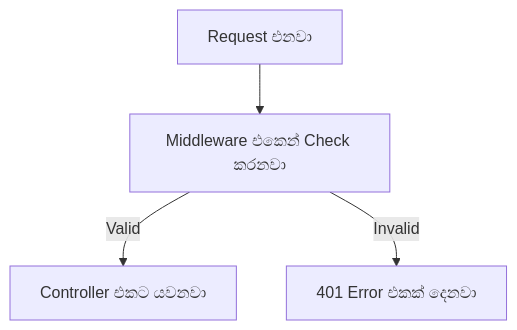
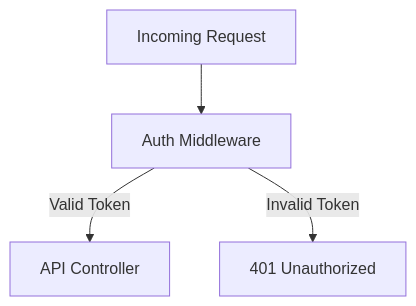
Before and after one commit to manuja-me/sinhala-explainer: the diagram in SKILL.md, drawn with Mermaid. The commit also changed other lines of this file and 2 other files, not shown here.

Commit message:
feat: enhance skill with session persistence, error fallbacks, clean code blocks, and diagrams

````diff
--- a/SKILL.md
+++ b/SKILL.md
@@ -88,6 +99,6 @@
-```mermaid
-flowchart TD
-    A["Request එනවා"] --> B["Middleware එකෙන් Check කරනවා"]
-    B -->|Valid| C["Controller එකට යවනවා"]
-    B -->|Invalid| D["401 Error එකක් දෙනවා"]
-```
+  ```mermaid
+  flowchart TD
+      A["Incoming Request"] --> B["Auth Middleware"]
+      B -->|Valid Token| C["API Controller"]
+      B -->|Invalid Token| D["401 Unauthorized"]
+  ```
````
